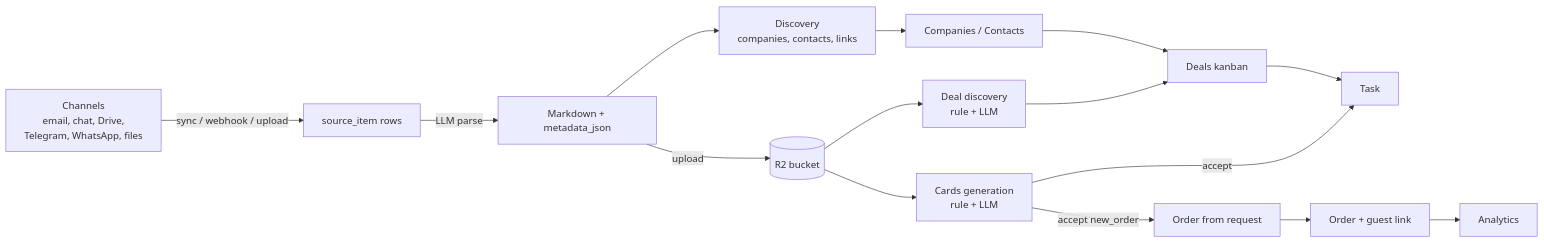
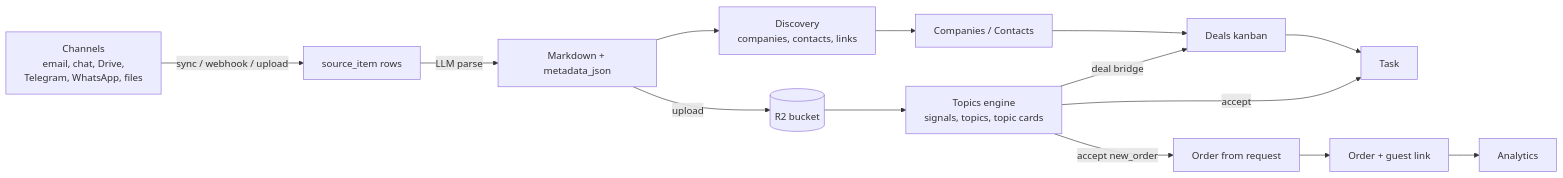
One commit to in4comgroup/crm-v2 changed the diagram in docs/docs/overview.md. Above: the diagram before and after it, drawn with Mermaid. The commit also changed other lines of this file and 132 other files, not shown here.

````diff
--- a/docs/docs/overview.md
+++ b/docs/docs/overview.md
@@ -46,17 +46,16 @@
 ```mermaid
 flowchart LR
   A[Channels<br/>email, chat, Drive,<br/>Telegram, WhatsApp, files] -->|sync / webhook / upload| B[source_item rows]
   B -->|LLM parse| C[Markdown + metadata_json]
   C -->|upload| D[(R2 bucket)]
   C --> E[Discovery<br/>companies, contacts, links]
-  D --> F[Cards generation<br/>rule + LLM]
-  D --> G[Deal discovery<br/>rule + LLM]
+  D --> F[Topics engine<br/>signals, topics, topic cards]
   F -->|accept| H[Task]
   F -->|accept new_order| I[Order from request]
-  G --> J[Deals kanban]
+  F -->|deal bridge| J[Deals kanban]
   E --> K[Companies / Contacts]
   I --> L[Order + guest link]
   L --> M[Analytics]
   K --> J
   J --> H
 ```
````
